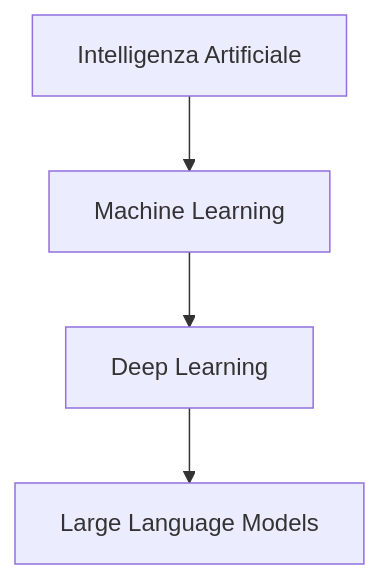
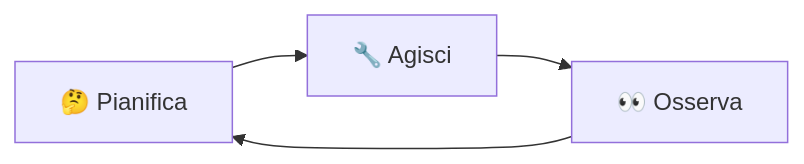
One commit to gdegani/its_slides_ai changed the second of 4 diagrams in pages/slides_lezione1.md. Above: the diagram before and after it, drawn with Mermaid. The commit also changed other lines of this file and 3 other files, not shown here.

````diff
--- a/pages/slides_lezione1.md
+++ b/pages/slides_lezione1.md
@@ -32,6 +261,6 @@
 ```mermaid
-graph TD
-    A[Intelligenza Artificiale] --> B[Machine Learning]
-    B --> C[Deep Learning]
-    C --> D[Large Language Models]
+flowchart LR
+    A["🤔 Pianifica"] --> B["🔧 Agisci"]
+    B --> C["👀 Osserva"]
+    C --> A
 ```
````
